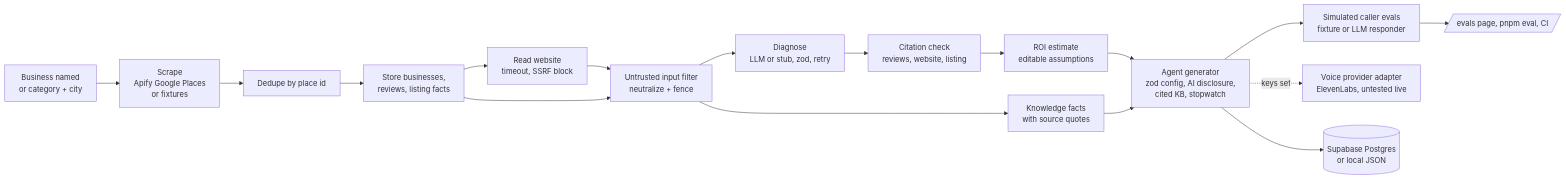
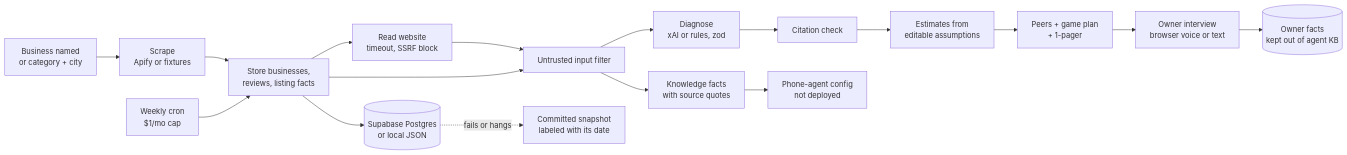
The diagram in README.md (adamtpang/ringring.run), drawn with Mermaid before and after one commit. The commit also changed other lines of this file and 1 other file, not shown here.

Commit message:
README rewrite: Ringy talks, Rungy runs; what works with proof, not-live list, how to run, architecture, guardrails with traced numbers; env docs for voice interview

````diff
--- a/README.md
+++ b/README.md
@@ -38,19 +65,19 @@
 ```mermaid
 flowchart LR
-  A[Business named<br/>or category + city] --> B[Scrape<br/>Apify Google Places<br/>or fixtures]
-  B --> C[Dedupe by place id]
-  C --> D[Store businesses,<br/>reviews, listing facts]
+  A[Business named<br/>or category + city] --> B[Scrape<br/>Apify or fixtures]
+  B --> D[Store businesses,<br/>reviews, listing facts]
   D --> E[Read website<br/>timeout, SSRF block]
-  E --> U[Untrusted input filter<br/>neutralize + fence]
+  E --> U[Untrusted input filter]
   D --> U
-  U --> F[Diagnose<br/>LLM or stub, zod, retry]
-  F --> G[Citation check<br/>reviews, website, listing]
-  G --> H[ROI estimate<br/>editable assumptions]
+  U --> F[Diagnose<br/>xAI or rules, zod]
+  F --> G[Citation check]
+  G --> H[Estimates from<br/>editable assumptions]
+  H --> GP[Peers + game plan<br/>+ 1-pager]
   U --> K[Knowledge facts<br/>with source quotes]
-  H --> AG[Agent generator<br/>zod config, AI disclosure,<br/>cited KB, stopwatch]
-  K --> AG
-  AG --> EV[Simulated caller evals<br/>fixture or LLM responder]
-  AG -. keys set .-> V[Voice provider adapter<br/>ElevenLabs, untested live]
-  AG --> J[(Supabase Postgres<br/>or local JSON)]
-  EV --> UI[/evals page, pnpm eval, CI/]
+  K --> AG[Phone-agent config<br/>not deployed]
+  GP --> IV[Owner interview<br/>browser voice or text]
+  IV --> OF[(Owner facts<br/>kept out of agent KB)]
+  D --> J[(Supabase Postgres<br/>or local JSON)]
+  CR[Weekly cron<br/>$1/mo cap] --> D
+  J -. fails or hangs .-> S[Committed snapshot<br/>labeled with its date]
 ```
````
